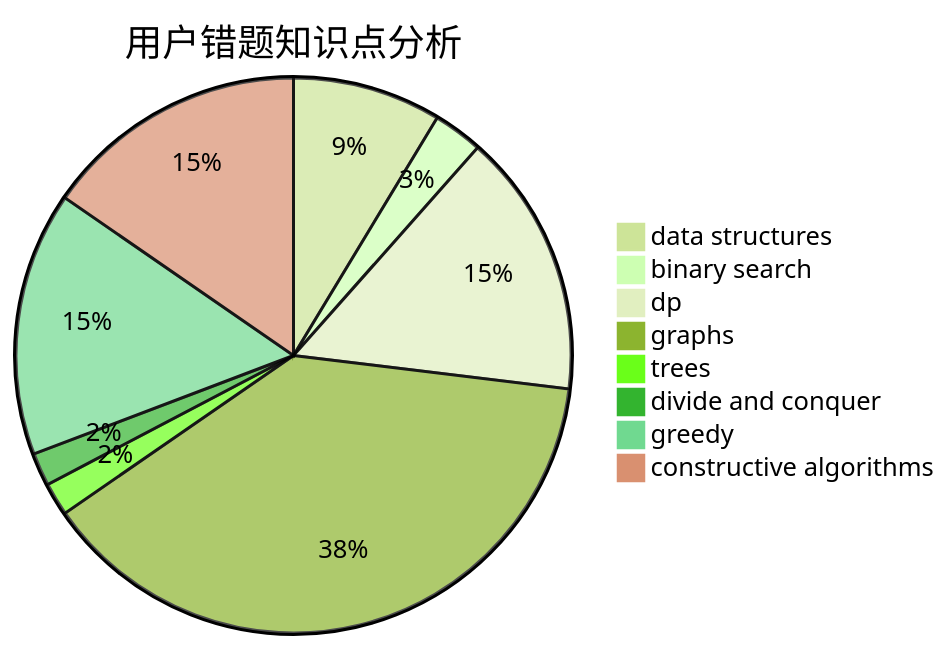
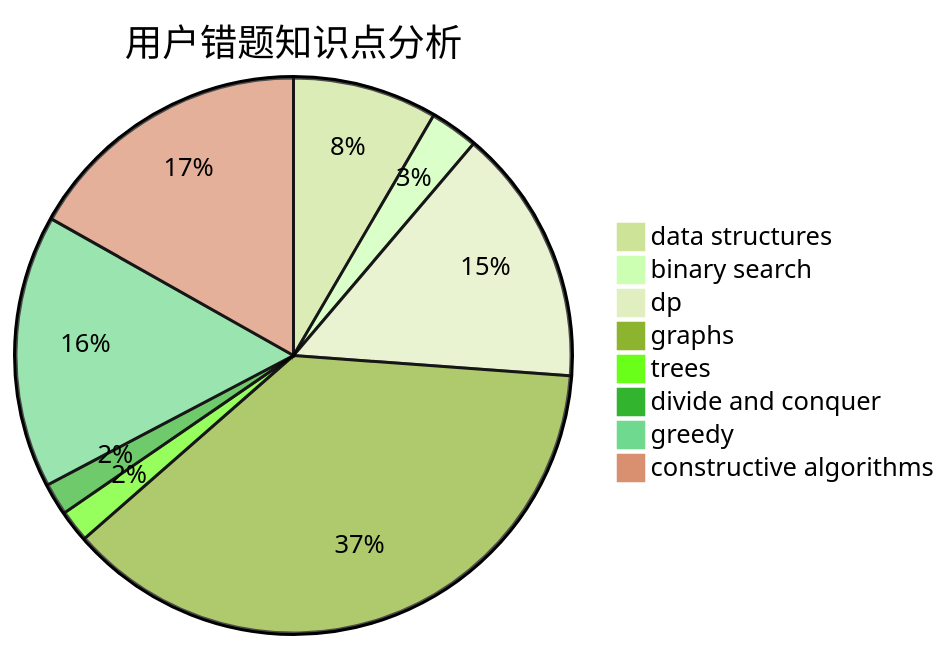
The third of 3 diagrams in docs/user/u741.md (sherpahu/cfrs.github.io), drawn with Mermaid (forest theme) before and after one commit. The commit also changed other lines of this file and 2770 other files, not shown here.

````diff
--- a/docs/user/u741.md
+++ b/docs/user/u741.md
@@ -36,11 +36,11 @@
 ```mermaid
 pie title 用户错题知识点分析
     "data structures" :  9
     "binary search" :  3
     "dp" :  16
     "graphs" :  40
     "trees" :  2
     "divide and conquer" :  2
-    "greedy" :  16
-    "constructive algorithms" :  16
+    "greedy" :  17
+    "constructive algorithms" :  18
 ```
````
